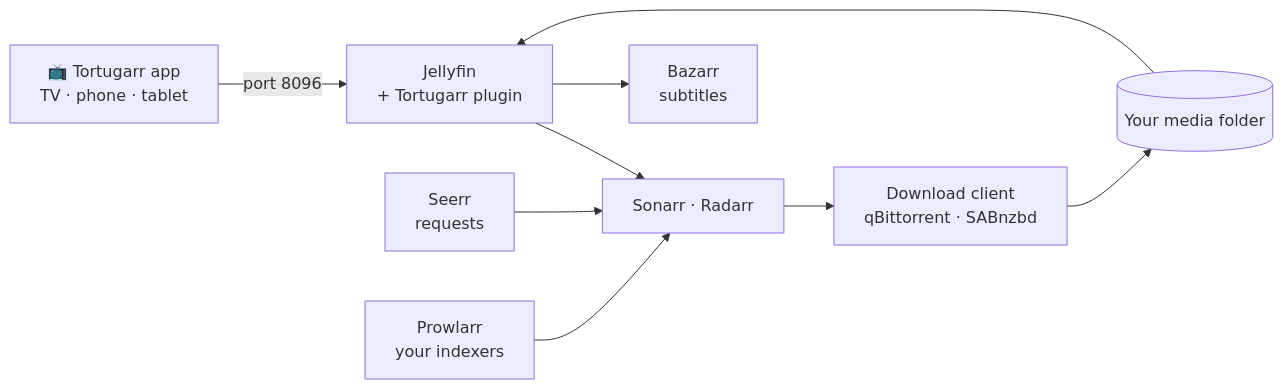
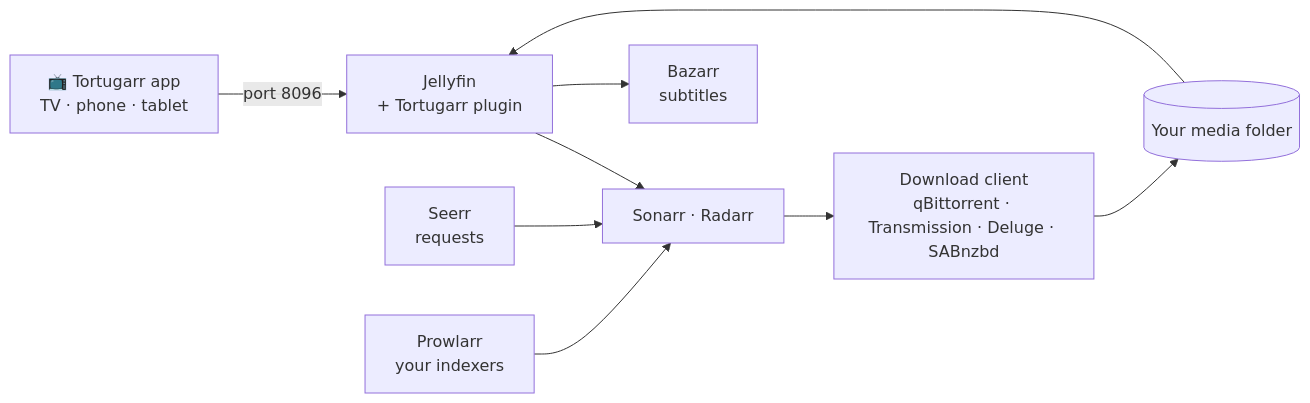
Before and after one commit to tortugarr/tortugarr: the diagram in README.md, drawn with Mermaid. The commit also changed other lines of this file and 1 other file, not shown here.

````diff
--- a/README.md
+++ b/README.md
@@ -124,11 +125,11 @@
 ```mermaid
 flowchart LR
   app["📺 Tortugarr app<br/>TV · phone · tablet"] -->|port 8096| jf["Jellyfin<br/>+ Tortugarr plugin"]
   jf --> arr["Sonarr · Radarr"]
   jf --> bazarr["Bazarr<br/>subtitles"]
   seerr["Seerr<br/>requests"] --> arr
   prowlarr["Prowlarr<br/>your indexers"] --> arr
-  arr --> dl["Download client<br/>qBittorrent · SABnzbd"]
+  arr --> dl["Download client<br/>qBittorrent · Transmission · Deluge · SABnzbd"]
   dl --> media[("Your media folder")]
   media --> jf
 ```
````
